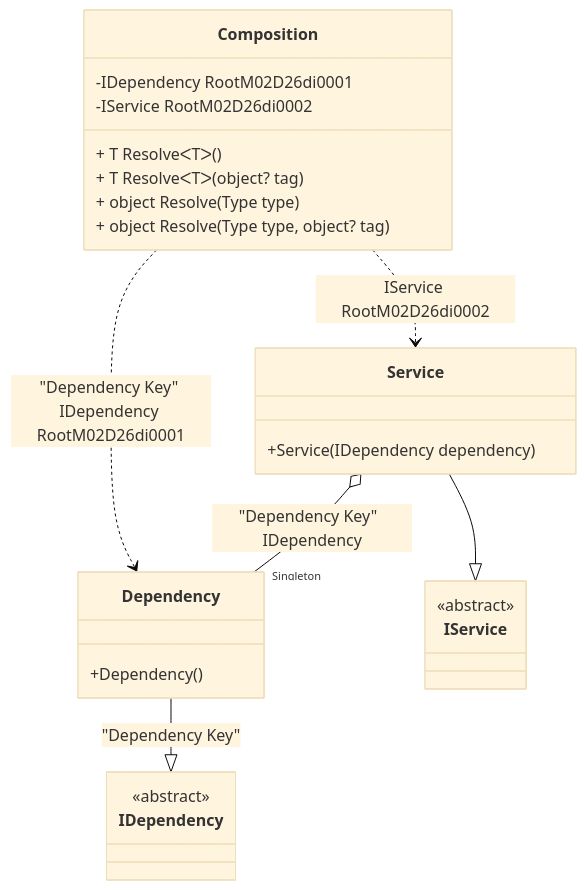
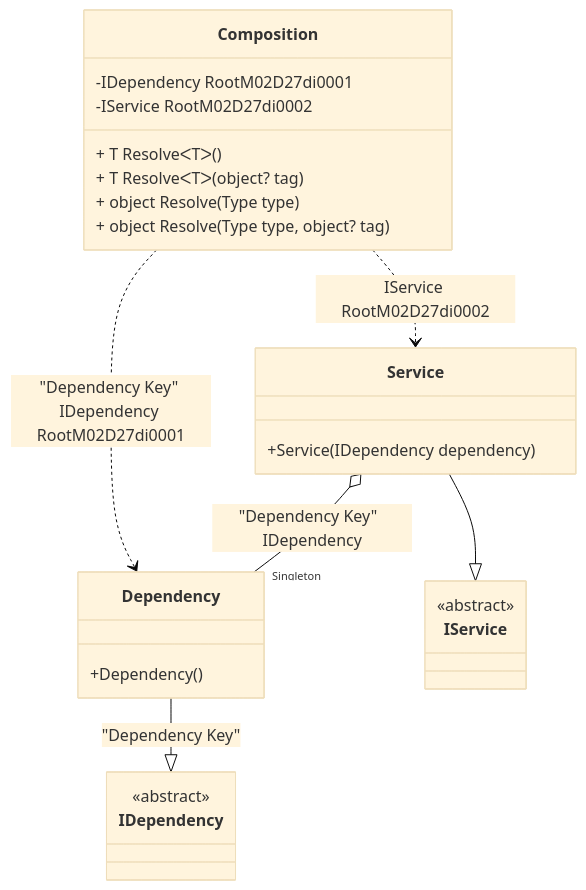
The diagram in readme/service-collection.md (DevTeam/Pure.DI), drawn with Mermaid (base theme) before and after one commit. The commit also changed other lines of this file and 73 other files, not shown here.

````diff
--- a/readme/service-collection.md
+++ b/readme/service-collection.md
@@ -47,28 +47,28 @@
 ```mermaid
 classDiagram
   class Composition {
-    -IDependency RootM02D26di0001
-    -IService RootM02D26di0002
+    -IDependency RootM02D27di0001
+    -IService RootM02D27di0002
     + T ResolveᐸTᐳ()
     + T ResolveᐸTᐳ(object? tag)
     + object Resolve(Type type)
     + object Resolve(Type type, object? tag)
   }
   Dependency --|> IDependency : "Dependency Key" 
   class Dependency {
     +Dependency()
   }
   Service --|> IService : 
   class Service {
     +Service(IDependency dependency)
   }
   class IDependency {
     <<abstract>>
   }
   class IService {
     <<abstract>>
   }
   Service o--  "Singleton" Dependency : "Dependency Key"  IDependency
-  Composition ..> Dependency : "Dependency Key" IDependency RootM02D26di0001
-  Composition ..> Service : IService RootM02D26di0002
+  Composition ..> Dependency : "Dependency Key" IDependency RootM02D27di0001
+  Composition ..> Service : IService RootM02D27di0002
 ```
````
